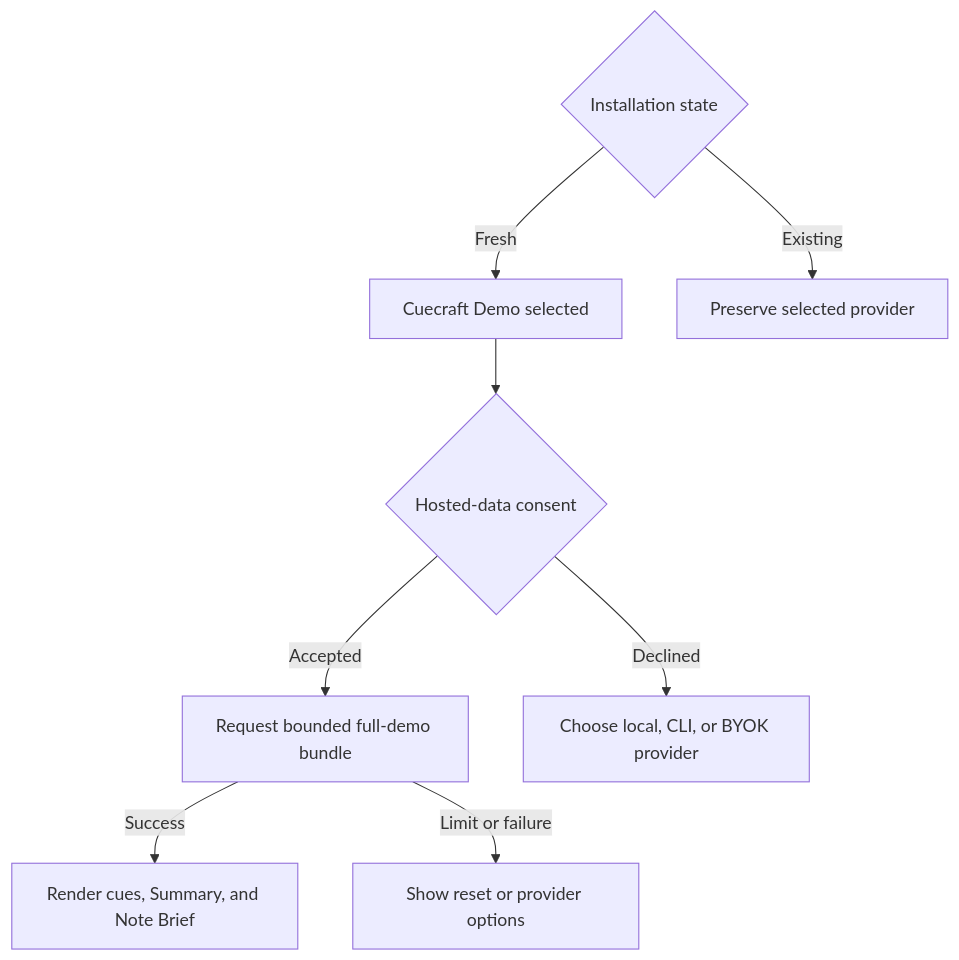
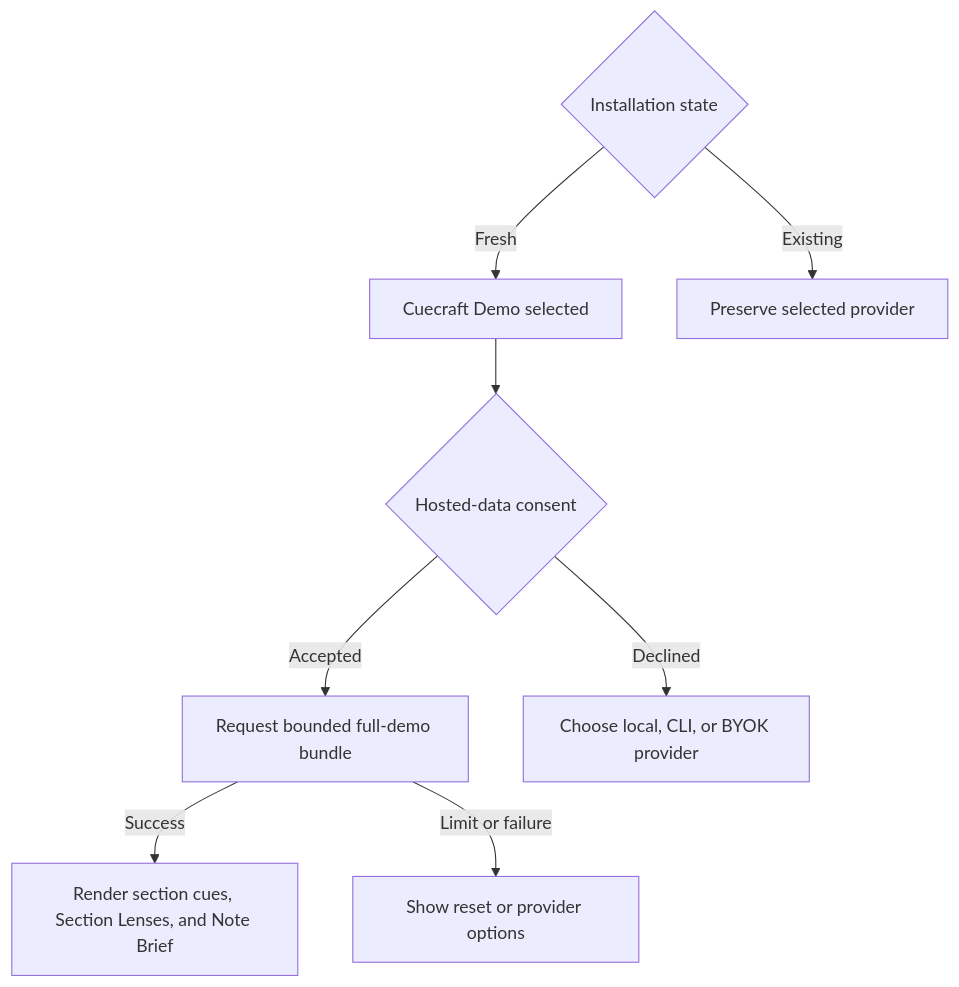
One commit to swartzrock/obsidian-firstrecall-plugin changed the diagram in docs/plans/2026-08-15-1914-feat-hosted-demo-obsidian-integration-plan.md. Above: the diagram before and after it, drawn with Mermaid. The commit also changed other lines of this file and 1 other file, not shown here.

````diff
--- a/docs/plans/2026-08-15-1914-feat-hosted-demo-obsidian-integration-plan.md
+++ b/docs/plans/2026-08-15-1914-feat-hosted-demo-obsidian-integration-plan.md
@@ -55,11 +55,11 @@
 ```mermaid
 flowchart TB
   Install{"Installation state"}
   Install -->|"Fresh"| Demo["Cuecraft Demo selected"]
   Install -->|"Existing"| Existing["Preserve selected provider"]
   Demo --> Consent{"Hosted-data consent"}
   Consent -->|"Accepted"| Bundle["Request bounded full-demo bundle"]
   Consent -->|"Declined"| Setup["Choose local, CLI, or BYOK provider"]
-  Bundle -->|"Success"| Render["Render cues, Summary, and Note Brief"]
+  Bundle -->|"Success"| Render["Render section cues, Section Lenses, and Note Brief"]
   Bundle -->|"Limit or failure"| Fallback["Show reset or provider options"]
 ```
````
